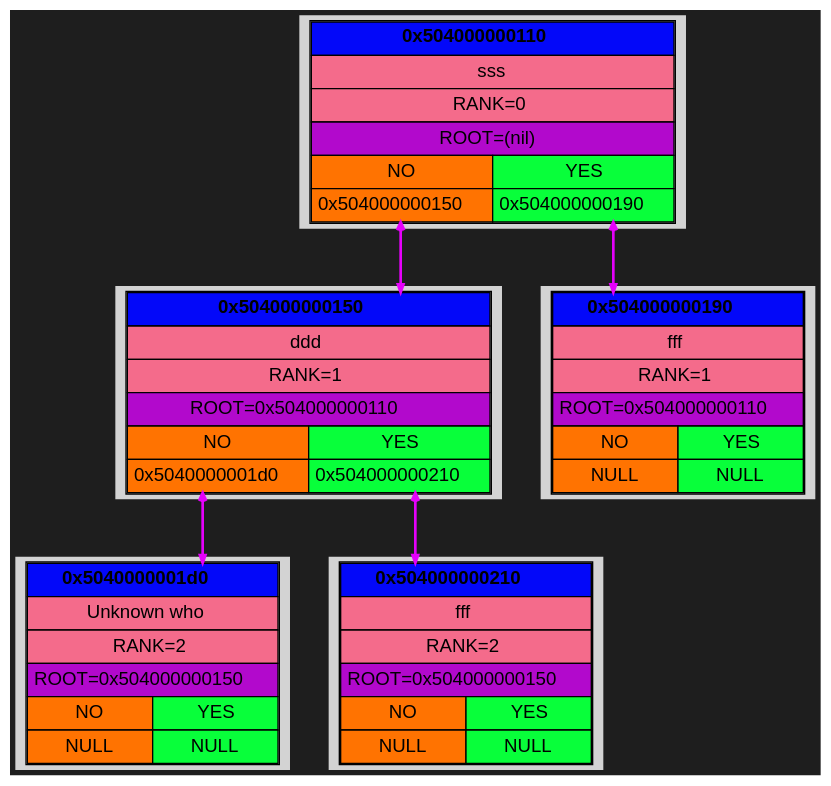
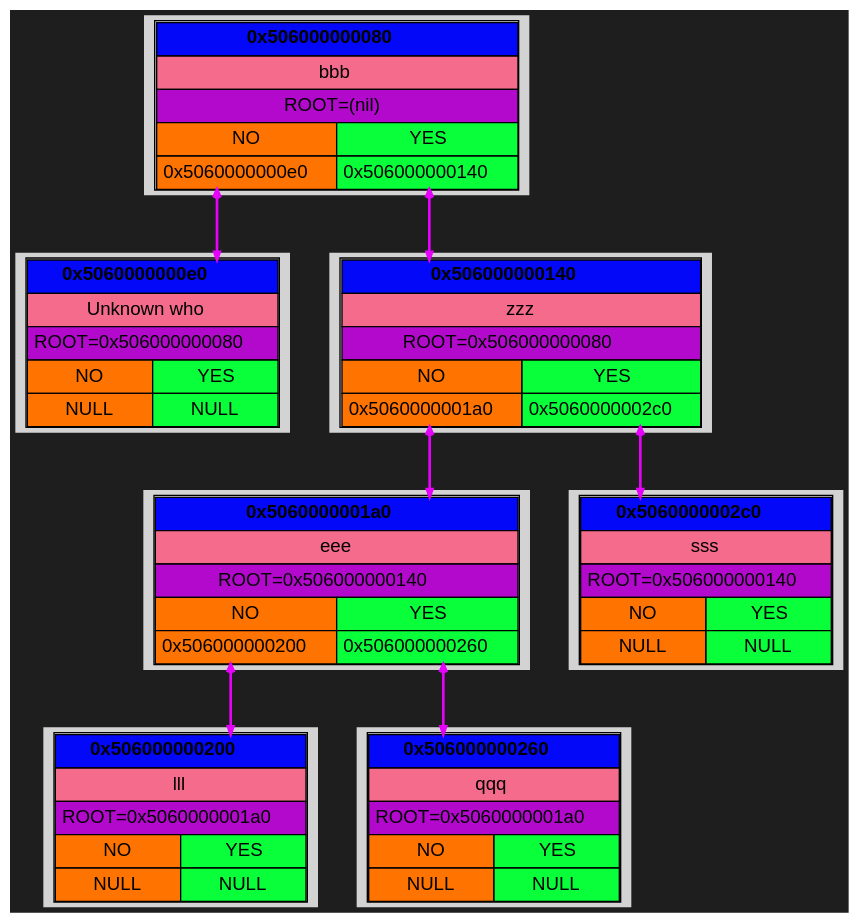
One commit to Kabuto-Mainer/Akinator changed the diagram in DUMPS/DUMP_1/graph.dot. Above: the diagram before and after it, drawn with Graphviz. The commit also changed 46 other files, not shown here.

```diff
--- a/DUMPS/DUMP_1/graph.dot
+++ b/DUMPS/DUMP_1/graph.dot
@@ -1,80 +1,101 @@
 digraph {
   rankdir=UD;
   bgcolor="#1e1e1e"
   splines=ortho;
   nodesep=0.4;
   ranksep=0.6;
   node [shape=plaintext, style=filled, fontname="Helvetica"];
   edge [arrowhead=vee, arrowsize=0.6, penwidth=1.2];
 
-block_0x5040000001d0 [label=<
+block_0x5060000000e0 [label=<
 <TABLE CELLSPACING="0" CELLPADDING="4">
-<TR><TD PORT="root" BGCOLOR="#0308f9ff" COLSPAN="2"><B>0x5040000001d0</B></TD></TR>
+<TR><TD PORT="root" BGCOLOR="#0308f9ff" COLSPAN="2"><B>0x5060000000e0</B></TD></TR>
 <TR><TD BGCOLOR="#f46b8bff" COLSPAN="2">Unknown who</TD></TR>
-<TR><TD BGCOLOR="#f46b8bff" COLSPAN="2">RANK=2</TD></TR>
-<TR><TD BGCOLOR="#b209ccff" COLSPAN="2">ROOT=0x504000000150</TD></TR>
+<TR><TD BGCOLOR="#b209ccff" COLSPAN="2">ROOT=0x506000000080</TD></TR>
 <TR><TD BGCOLOR="#ff7301ff">NO</TD><TD BGCOLOR="#08ff3aff">YES</TD></TR>
 <TR>
 <TD PORT="left" BGCOLOR="#ff7301ff">NULL</TD>
 <TD PORT="right" BGCOLOR="#08ff3aff">NULL</TD>
 </TR>
 </TABLE> >];
 
-block_0x504000000210 [label=<
+block_0x506000000200 [label=<
 <TABLE CELLSPACING="0" CELLPADDING="4">
-<TR><TD PORT="root" BGCOLOR="#0308f9ff" COLSPAN="2"><B>0x504000000210</B></TD></TR>
-<TR><TD BGCOLOR="#f46b8bff" COLSPAN="2">fff</TD></TR>
-<TR><TD BGCOLOR="#f46b8bff" COLSPAN="2">RANK=2</TD></TR>
-<TR><TD BGCOLOR="#b209ccff" COLSPAN="2">ROOT=0x504000000150</TD></TR>
+<TR><TD PORT="root" BGCOLOR="#0308f9ff" COLSPAN="2"><B>0x506000000200</B></TD></TR>
+<TR><TD BGCOLOR="#f46b8bff" COLSPAN="2">lll</TD></TR>
+<TR><TD BGCOLOR="#b209ccff" COLSPAN="2">ROOT=0x5060000001a0</TD></TR>
 <TR><TD BGCOLOR="#ff7301ff">NO</TD><TD BGCOLOR="#08ff3aff">YES</TD></TR>
 <TR>
 <TD PORT="left" BGCOLOR="#ff7301ff">NULL</TD>
 <TD PORT="right" BGCOLOR="#08ff3aff">NULL</TD>
 </TR>
 </TABLE> >];
 
-block_0x504000000150 [label=<
+block_0x506000000260 [label=<
 <TABLE CELLSPACING="0" CELLPADDING="4">
-<TR><TD PORT="root" BGCOLOR="#0308f9ff" COLSPAN="2"><B>0x504000000150</B></TD></TR>
-<TR><TD BGCOLOR="#f46b8bff" COLSPAN="2">ddd</TD></TR>
-<TR><TD BGCOLOR="#f46b8bff" COLSPAN="2">RANK=1</TD></TR>
-<TR><TD BGCOLOR="#b209ccff" COLSPAN="2">ROOT=0x504000000110</TD></TR>
-<TR><TD BGCOLOR="#ff7301ff">NO</TD><TD BGCOLOR="#08ff3aff">YES</TD></TR>
-<TR>
-<TD PORT="left" BGCOLOR="#ff7301ff">0x5040000001d0</TD>
-<TD PORT="right" BGCOLOR="#08ff3aff">0x504000000210</TD>
-</TR>
-</TABLE> >];
-
-block_0x504000000190 [label=<
-<TABLE CELLSPACING="0" CELLPADDING="4">
-<TR><TD PORT="root" BGCOLOR="#0308f9ff" COLSPAN="2"><B>0x504000000190</B></TD></TR>
-<TR><TD BGCOLOR="#f46b8bff" COLSPAN="2">fff</TD></TR>
-<TR><TD BGCOLOR="#f46b8bff" COLSPAN="2">RANK=1</TD></TR>
-<TR><TD BGCOLOR="#b209ccff" COLSPAN="2">ROOT=0x504000000110</TD></TR>
+<TR><TD PORT="root" BGCOLOR="#0308f9ff" COLSPAN="2"><B>0x506000000260</B></TD></TR>
+<TR><TD BGCOLOR="#f46b8bff" COLSPAN="2">qqq</TD></TR>
+<TR><TD BGCOLOR="#b209ccff" COLSPAN="2">ROOT=0x5060000001a0</TD></TR>
 <TR><TD BGCOLOR="#ff7301ff">NO</TD><TD BGCOLOR="#08ff3aff">YES</TD></TR>
 <TR>
 <TD PORT="left" BGCOLOR="#ff7301ff">NULL</TD>
 <TD PORT="right" BGCOLOR="#08ff3aff">NULL</TD>
 </TR>
 </TABLE> >];
 
-block_0x504000000110 [label=<
+block_0x5060000001a0 [label=<
 <TABLE CELLSPACING="0" CELLPADDING="4">
-<TR><TD PORT="root" BGCOLOR="#0308f9ff" COLSPAN="2"><B>0x504000000110</B></TD></TR>
+<TR><TD PORT="root" BGCOLOR="#0308f9ff" COLSPAN="2"><B>0x5060000001a0</B></TD></TR>
+<TR><TD BGCOLOR="#f46b8bff" COLSPAN="2">eee</TD></TR>
+<TR><TD BGCOLOR="#b209ccff" COLSPAN="2">ROOT=0x506000000140</TD></TR>
+<TR><TD BGCOLOR="#ff7301ff">NO</TD><TD BGCOLOR="#08ff3aff">YES</TD></TR>
+<TR>
+<TD PORT="left" BGCOLOR="#ff7301ff">0x506000000200</TD>
+<TD PORT="right" BGCOLOR="#08ff3aff">0x506000000260</TD>
+</TR>
+</TABLE> >];
+
+block_0x5060000002c0 [label=<
+<TABLE CELLSPACING="0" CELLPADDING="4">
+<TR><TD PORT="root" BGCOLOR="#0308f9ff" COLSPAN="2"><B>0x5060000002c0</B></TD></TR>
 <TR><TD BGCOLOR="#f46b8bff" COLSPAN="2">sss</TD></TR>
-<TR><TD BGCOLOR="#f46b8bff" COLSPAN="2">RANK=0</TD></TR>
+<TR><TD BGCOLOR="#b209ccff" COLSPAN="2">ROOT=0x506000000140</TD></TR>
+<TR><TD BGCOLOR="#ff7301ff">NO</TD><TD BGCOLOR="#08ff3aff">YES</TD></TR>
+<TR>
+<TD PORT="left" BGCOLOR="#ff7301ff">NULL</TD>
+<TD PORT="right" BGCOLOR="#08ff3aff">NULL</TD>
+</TR>
+</TABLE> >];
+
+block_0x506000000140 [label=<
+<TABLE CELLSPACING="0" CELLPADDING="4">
+<TR><TD PORT="root" BGCOLOR="#0308f9ff" COLSPAN="2"><B>0x506000000140</B></TD></TR>
+<TR><TD BGCOLOR="#f46b8bff" COLSPAN="2">zzz</TD></TR>
+<TR><TD BGCOLOR="#b209ccff" COLSPAN="2">ROOT=0x506000000080</TD></TR>
+<TR><TD BGCOLOR="#ff7301ff">NO</TD><TD BGCOLOR="#08ff3aff">YES</TD></TR>
+<TR>
+<TD PORT="left" BGCOLOR="#ff7301ff">0x5060000001a0</TD>
+<TD PORT="right" BGCOLOR="#08ff3aff">0x5060000002c0</TD>
+</TR>
+</TABLE> >];
+
+block_0x506000000080 [label=<
+<TABLE CELLSPACING="0" CELLPADDING="4">
+<TR><TD PORT="root" BGCOLOR="#0308f9ff" COLSPAN="2"><B>0x506000000080</B></TD></TR>
+<TR><TD BGCOLOR="#f46b8bff" COLSPAN="2">bbb</TD></TR>
 <TR><TD BGCOLOR="#b209ccff" COLSPAN="2">ROOT=(nil)</TD></TR>
 <TR><TD BGCOLOR="#ff7301ff">NO</TD><TD BGCOLOR="#08ff3aff">YES</TD></TR>
 <TR>
-<TD PORT="left" BGCOLOR="#ff7301ff">0x504000000150</TD>
-<TD PORT="right" BGCOLOR="#08ff3aff">0x504000000190</TD>
+<TD PORT="left" BGCOLOR="#ff7301ff">0x5060000000e0</TD>
+<TD PORT="right" BGCOLOR="#08ff3aff">0x506000000140</TD>
 </TR>
 </TABLE> >];
 
-block_0x504000000150:right -> block_0x504000000210:root [color="#e501faff", penwidth = 2, arrowsize = 0.6, constraint = true, dir = both];
-block_0x504000000150:left -> block_0x5040000001d0:root [color="#e501faff", penwidth = 2, arrowsize = 0.6, constraint = true, dir = both];
-block_0x504000000110:right -> block_0x504000000190:root [color="#e501faff", penwidth = 2, arrowsize = 0.6, constraint = true, dir = both];
-block_0x504000000110:left -> block_0x504000000150:root [color="#e501faff", penwidth = 2, arrowsize = 0.6, constraint = true, dir = both];
+block_0x5060000001a0:right -> block_0x506000000260:root [color="#e501faff", penwidth = 2, arrowsize = 0.6, constraint = true, dir = both];
+block_0x5060000001a0:left -> block_0x506000000200:root [color="#e501faff", penwidth = 2, arrowsize = 0.6, constraint = true, dir = both];
+block_0x506000000140:right -> block_0x5060000002c0:root [color="#e501faff", penwidth = 2, arrowsize = 0.6, constraint = true, dir = both];
+block_0x506000000140:left -> block_0x5060000001a0:root [color="#e501faff", penwidth = 2, arrowsize = 0.6, constraint = true, dir = both];
+block_0x506000000080:right -> block_0x506000000140:root [color="#e501faff", penwidth = 2, arrowsize = 0.6, constraint = true, dir = both];
+block_0x506000000080:left -> block_0x5060000000e0:root [color="#e501faff", penwidth = 2, arrowsize = 0.6, constraint = true, dir = both];
 
 }
```
